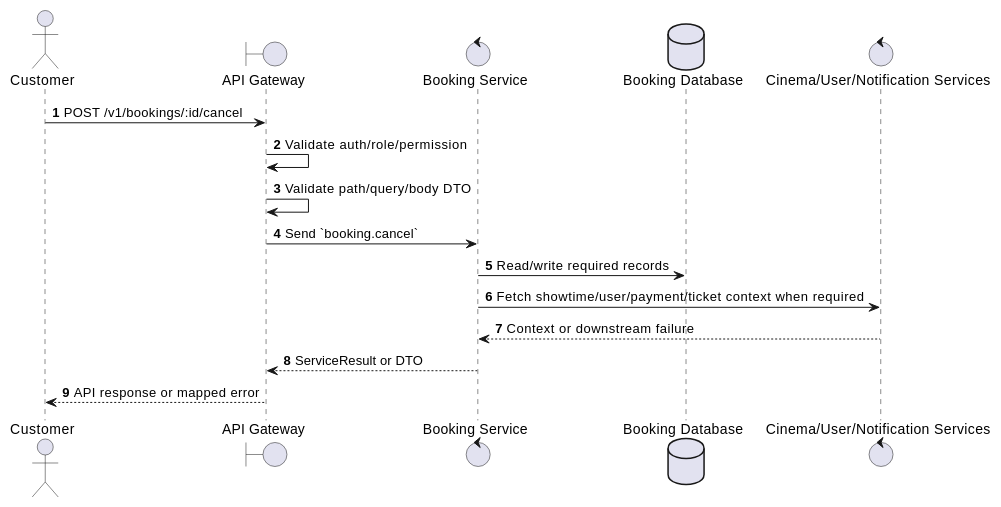
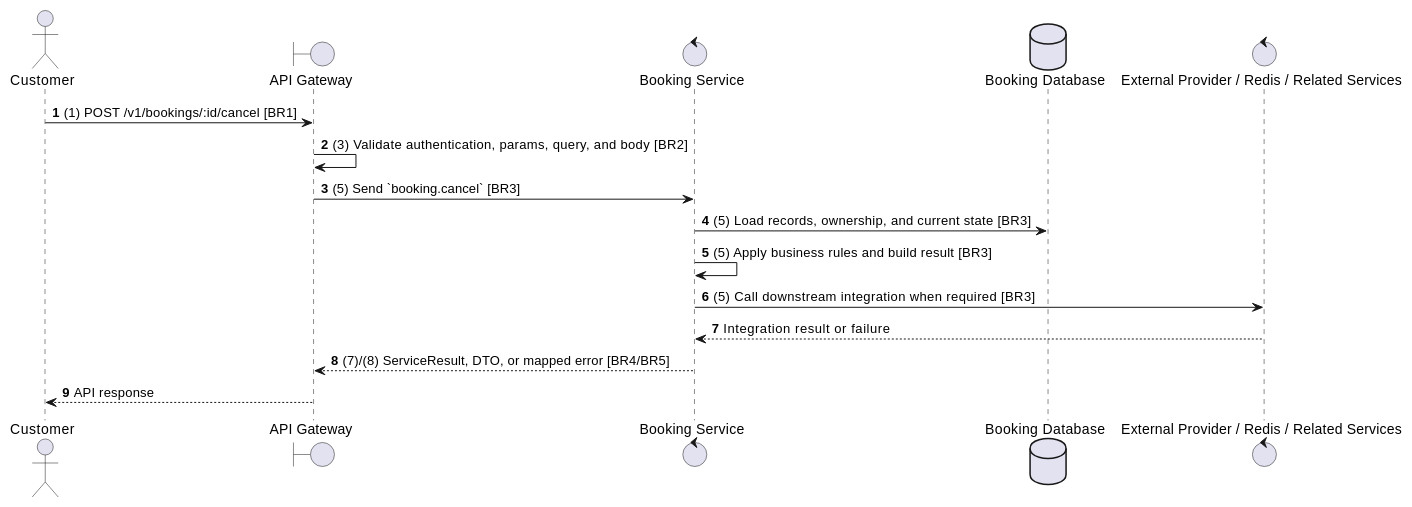
One commit to Tanh1603/movie-hub-architecture changed the second of 2 diagrams in docs/functional_specs/3.5.1_User_Booking_Operations/BK-05_Cancel_Booking.md. Above: the diagram before and after it, drawn with PlantUML. The commit also changed other lines of this file and 129 other files, not shown here.

````diff
--- a/docs/functional_specs/3.5.1_User_Booking_Operations/BK-05_Cancel_Booking.md
+++ b/docs/functional_specs/3.5.1_User_Booking_Operations/BK-05_Cancel_Booking.md
@@ -17,20 +64,20 @@
 ```plantuml
 @startuml
 autonumber
 actor "Customer" as Actor
 boundary "API Gateway" as GW
 control "Booking Service" as SVC
 database "Booking Database" as DB
-control "Cinema/User/Notification Services" as EXT
+control "External Provider / Redis / Related Services" as EXT
 
-Actor -> GW: POST /v1/bookings/:id/cancel
-GW -> GW: Validate auth/role/permission
-GW -> GW: Validate path/query/body DTO
-GW -> SVC: Send `booking.cancel`
-SVC -> DB: Read/write required records
-SVC -> EXT: Fetch showtime/user/payment/ticket context when required
-EXT --> SVC: Context or downstream failure
-SVC --> GW: ServiceResult or DTO
-GW --> Actor: API response or mapped error
+Actor -> GW: (1) POST /v1/bookings/:id/cancel [BR1]
+GW -> GW: (3) Validate authentication, params, query, and body [BR2]
+GW -> SVC: (5) Send `booking.cancel` [BR3]
+SVC -> DB: (5) Load records, ownership, and current state [BR3]
+SVC -> SVC: (5) Apply business rules and build result [BR3]
+SVC -> EXT: (5) Call downstream integration when required [BR3]
+EXT --> SVC: Integration result or failure
+SVC --> GW: (7)/(8) ServiceResult, DTO, or mapped error [BR4/BR5]
+GW --> Actor: API response
 @enduml
 ```
````
